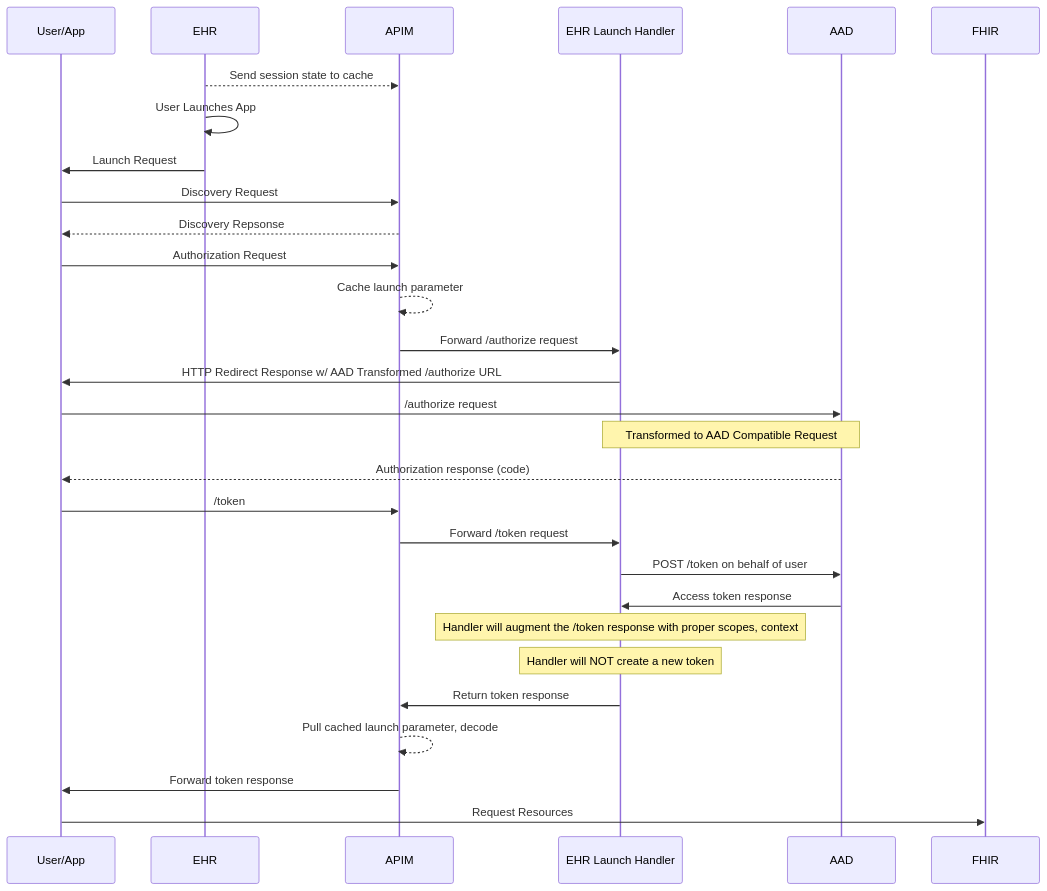
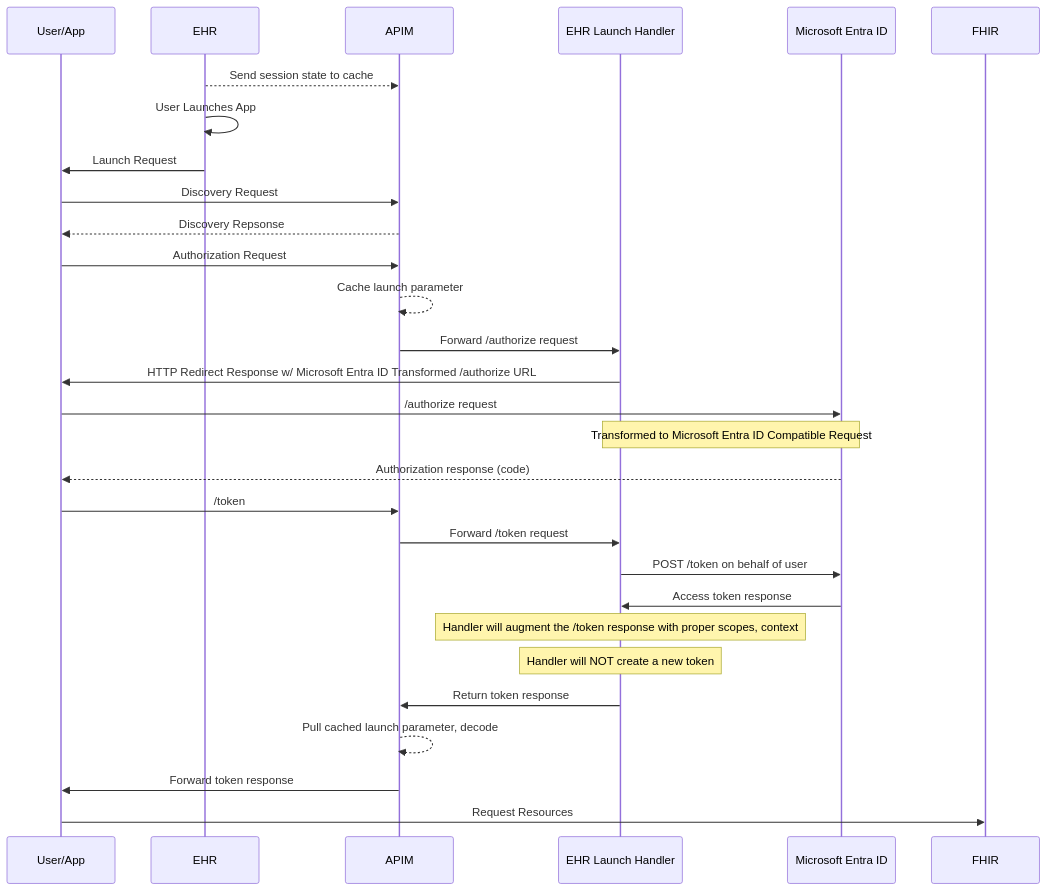
One commit to Azure-Samples/azure-health-data-and-ai-samples changed the second of 3 diagrams in samples/smartonfhir/docs/technical-guide.md. Above: the diagram before and after it, drawn with Mermaid. The commit also changed other lines of this file and 140 other files, not shown here.

````diff
--- a/samples/smartonfhir/docs/technical-guide.md
+++ b/samples/smartonfhir/docs/technical-guide.md
@@ -57,32 +57,32 @@
 ```mermaid
   sequenceDiagram
     participant User/App
     participant EHR
     participant APIM
     participant EHR Launch Handler
-    participant AAD
+    participant Microsoft Entra ID
 
     EHR -->> APIM: Send session state to cache
     EHR ->> EHR: User Launches App
     EHR ->> User/App: Launch Request
 
     User/App ->> APIM: Discovery Request
     APIM -->> User/App: Discovery Repsonse
     User/App ->> APIM:  Authorization Request
     APIM -->> APIM: Cache launch parameter
     APIM ->> EHR Launch Handler: Forward /authorize request    
-    EHR Launch Handler ->> User/App: HTTP Redirect Response w/ AAD Transformed /authorize URL
-    User/App ->> AAD: /authorize request
-    note over EHR Launch Handler, AAD: Transformed to AAD Compatible Request
-    AAD -->> User/App: Authorization response (code)
+    EHR Launch Handler ->> User/App: HTTP Redirect Response w/ Microsoft Entra ID Transformed /authorize URL
+    User/App ->> Microsoft Entra ID: /authorize request
+    note over EHR Launch Handler, Microsoft Entra ID: Transformed to Microsoft Entra ID Compatible Request
+    Microsoft Entra ID -->> User/App: Authorization response (code)
     User/App ->> APIM: /token
     APIM ->> EHR Launch Handler: Forward /token request
-    EHR Launch Handler ->> AAD: POST /token on behalf of user
-    AAD ->> EHR Launch Handler: Access token response
+    EHR Launch Handler ->> Microsoft Entra ID: POST /token on behalf of user
+    Microsoft Entra ID ->> EHR Launch Handler: Access token response
     note over EHR Launch Handler: Handler will augment the /token response with proper scopes, context
     note over EHR Launch Handler: Handler will NOT create a new token
     EHR Launch Handler ->> APIM: Return token response
     APIM -->> APIM: Pull cached launch parameter, decode
     APIM ->> User/App: Forward token response
     User/App ->> FHIR: Request Resources
 ```
````
